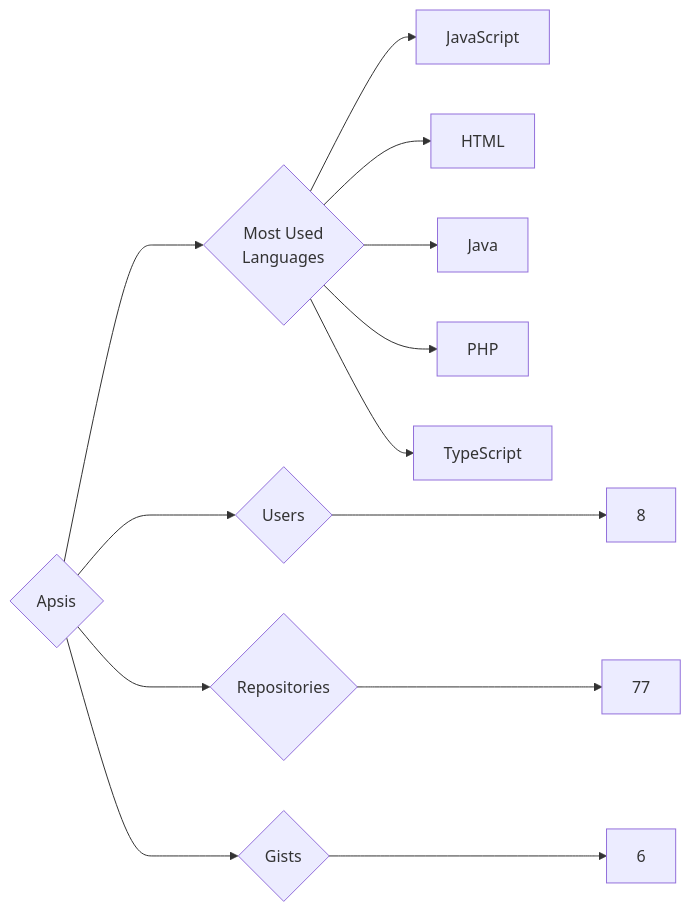
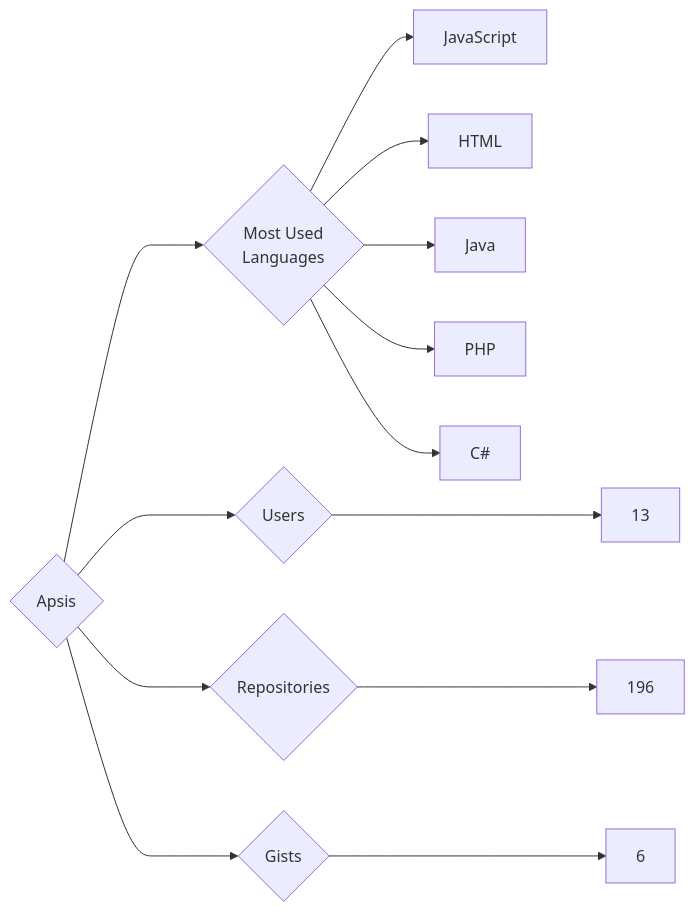
The diagram in targets/Apsis/README.md (trickest/insiders), drawn with Mermaid before and after one commit. The commit also changed 861 other files, not shown here.

````diff
--- a/targets/Apsis/README.md
+++ b/targets/Apsis/README.md
@@ -3,13 +3,13 @@
 ```mermaid
 graph LR
 COMPANY_NAME{Apsis}
-COMPANY_NAME ---> U{Users} ---> UN[8]
-COMPANY_NAME ---> R{Repositories} ---> RN[77]
+COMPANY_NAME ---> U{Users} ---> UN[13]
+COMPANY_NAME ---> R{Repositories} ---> RN[196]
 COMPANY_NAME ---> G{Gists} ---> GN[6]
 COMPANY_NAME ---> ML{Most Used<br>Languages}
 ML --> JavaScript[JavaScript]
 ML --> HTML[HTML]
 ML --> Java[Java]
 ML --> PHP[PHP]
-ML --> TypeScript[TypeScript]
+ML --> C#[C#]
 ```
````
